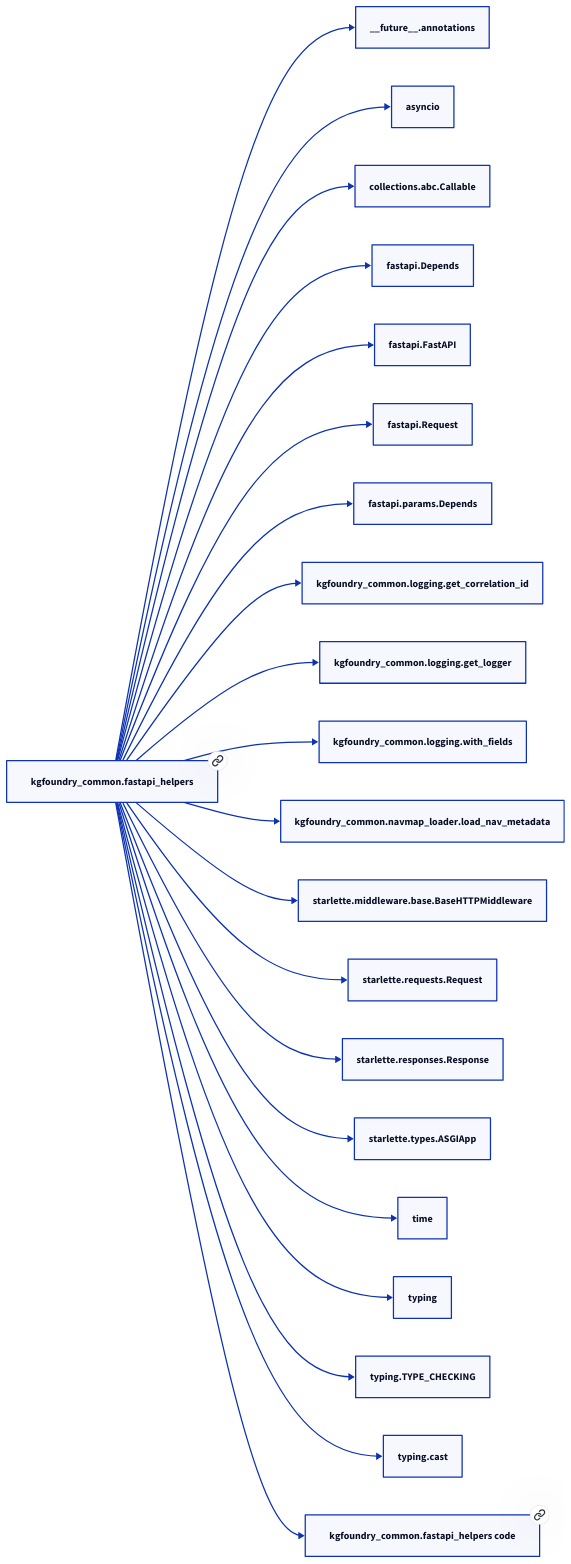
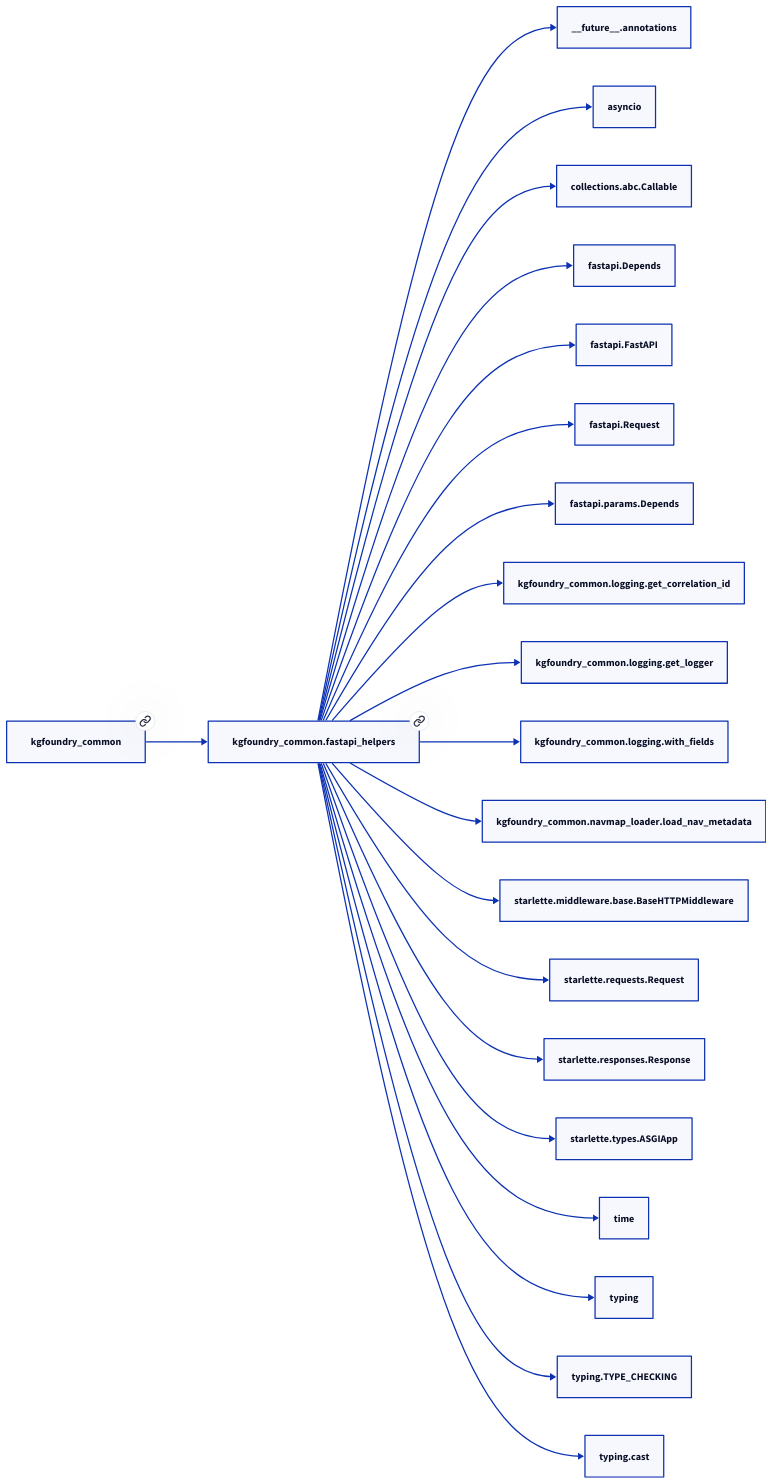
Before and after one commit to paul-heyse/kgforge: the diagram in docs/modules/kgfoundry_common/fastapi_helpers.md, drawn with D2. The commit also changed other lines of this file and 208 other files, not shown here.

````diff
--- a/docs/modules/kgfoundry_common/fastapi_helpers.md
+++ b/docs/modules/kgfoundry_common/fastapi_helpers.md
@@ -41,44 +45,44 @@
 ```d2
 direction: right
-"kgfoundry_common.fastapi_helpers": "kgfoundry_common.fastapi_helpers" { link: "./kgfoundry_common/fastapi_helpers.md" }
+"kgfoundry_common.fastapi_helpers": "kgfoundry_common.fastapi_helpers" { link: "https://github.com/paul-heyse/kgfoundry/blob/main/src/kgfoundry_common/fastapi_helpers.py" }
 "__future__.annotations": "__future__.annotations"
 "kgfoundry_common.fastapi_helpers" -> "__future__.annotations"
 "asyncio": "asyncio"
 "kgfoundry_common.fastapi_helpers" -> "asyncio"
 "collections.abc.Callable": "collections.abc.Callable"
 "kgfoundry_common.fastapi_helpers" -> "collections.abc.Callable"
 "fastapi.Depends": "fastapi.Depends"
 "kgfoundry_common.fastapi_helpers" -> "fastapi.Depends"
 "fastapi.FastAPI": "fastapi.FastAPI"
 "kgfoundry_common.fastapi_helpers" -> "fastapi.FastAPI"
 "fastapi.Request": "fastapi.Request"
 "kgfoundry_common.fastapi_helpers" -> "fastapi.Request"
 "fastapi.params.Depends": "fastapi.params.Depends"
 "kgfoundry_common.fastapi_helpers" -> "fastapi.params.Depends"
 "kgfoundry_common.logging.get_correlation_id": "kgfoundry_common.logging.get_correlation_id"
 "kgfoundry_common.fastapi_helpers" -> "kgfoundry_common.logging.get_correlation_id"
 "kgfoundry_common.logging.get_logger": "kgfoundry_common.logging.get_logger"
 "kgfoundry_common.fastapi_helpers" -> "kgfoundry_common.logging.get_logger"
 "kgfoundry_common.logging.with_fields": "kgfoundry_common.logging.with_fields"
 "kgfoundry_common.fastapi_helpers" -> "kgfoundry_common.logging.with_fields"
 "kgfoundry_common.navmap_loader.load_nav_metadata": "kgfoundry_common.navmap_loader.load_nav_metadata"
 "kgfoundry_common.fastapi_helpers" -> "kgfoundry_common.navmap_loader.load_nav_metadata"
 "starlette.middleware.base.BaseHTTPMiddleware": "starlette.middleware.base.BaseHTTPMiddleware"
 "kgfoundry_common.fastapi_helpers" -> "starlette.middleware.base.BaseHTTPMiddleware"
 "starlette.requests.Request": "starlette.requests.Request"
 "kgfoundry_common.fastapi_helpers" -> "starlette.requests.Request"
 "starlette.responses.Response": "starlette.responses.Response"
 "kgfoundry_common.fastapi_helpers" -> "starlette.responses.Response"
 "starlette.types.ASGIApp": "starlette.types.ASGIApp"
 "kgfoundry_common.fastapi_helpers" -> "starlette.types.ASGIApp"
 "time": "time"
 "kgfoundry_common.fastapi_helpers" -> "time"
 "typing": "typing"
 "kgfoundry_common.fastapi_helpers" -> "typing"
 "typing.TYPE_CHECKING": "typing.TYPE_CHECKING"
 "kgfoundry_common.fastapi_helpers" -> "typing.TYPE_CHECKING"
 "typing.cast": "typing.cast"
 "kgfoundry_common.fastapi_helpers" -> "typing.cast"
-"kgfoundry_common.fastapi_helpers_code": "kgfoundry_common.fastapi_helpers code" { link: "https://github.com/kgfoundry/kgfoundry/blob/main/src/kgfoundry_common/fastapi_helpers.py" }
-"kgfoundry_common.fastapi_helpers" -> "kgfoundry_common.fastapi_helpers_code" { style: dashed }
+"kgfoundry_common": "kgfoundry_common" { link: "https://github.com/paul-heyse/kgfoundry/blob/main/src/kgfoundry_common/__init__.py" }
+"kgfoundry_common" -> "kgfoundry_common.fastapi_helpers" { style: dashed }
 ```
````
